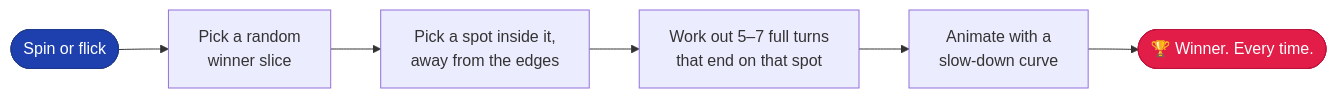
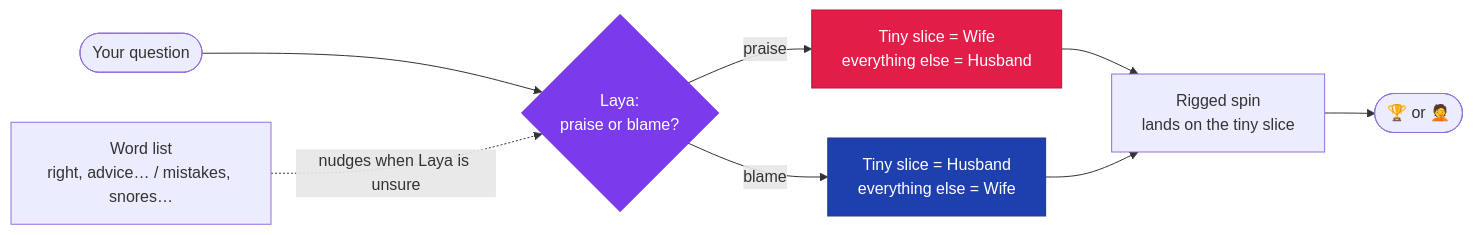
The diagram in README.md (RehmanaliMomin/rigged-wheel), drawn with Mermaid before and after one commit. The commit also changed other lines of this file and 13 other files, not shown here.

First line of the commit message:
Laya decides praise or blame: good questions land on Wife, bad ones on Husband

````diff
--- a/README.md
+++ b/README.md
@@ -70,10 +76,13 @@
 ```mermaid
 flowchart LR
-    A([Spin or flick]) --> B[Pick a random<br/>winner slice]
-    B --> C[Pick a spot inside it,<br/>away from the edges]
-    C --> D[Work out 5–7 full turns<br/>that end on that spot]
-    D --> E[Animate with a<br/>slow-down curve]
-    E --> F([🏆 Winner. Every time.])
-    style F fill:#e11d48,color:#fff,stroke:#be123c
-    style A fill:#1e40af,color:#fff,stroke:#1e3a8a
+    Q([Your question]) --> L{Laya:<br/>praise or blame?}
+    W[Word list<br/>right, advice… / mistakes, snores…] -. nudges when Laya is unsure .-> L
+    L -->|praise| G[Tiny slice = Wife<br/>everything else = Husband]
+    L -->|blame| B[Tiny slice = Husband<br/>everything else = Wife]
+    G --> S[Rigged spin<br/>lands on the tiny slice]
+    B --> S
+    S --> R([🏆 or 🤦])
+    style G fill:#e11d48,color:#fff,stroke:#be123c
+    style B fill:#1e40af,color:#fff,stroke:#1e3a8a
+    style L fill:#7c3aed,color:#fff,stroke:#6d28d9
 ```
````
